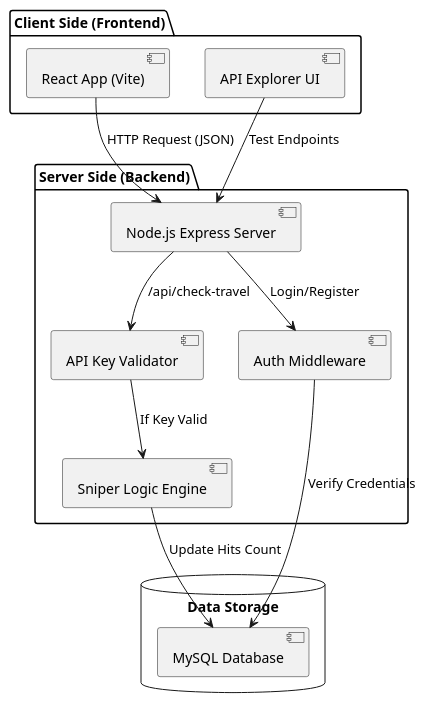
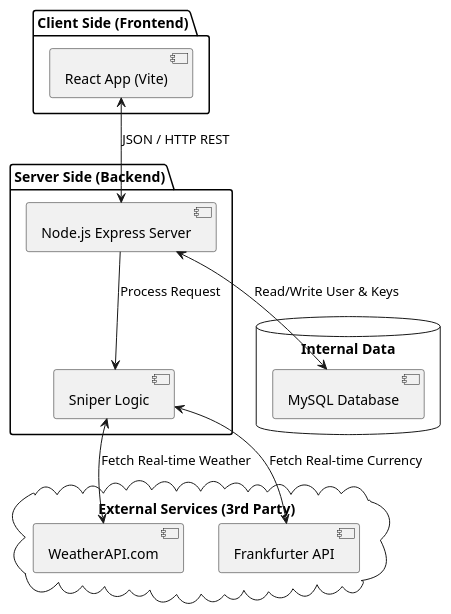
One commit to nacho0ol/048_travel-sniper-project_PWS changed the diagram in arsitektur.puml. Above: the diagram before and after it, drawn with PlantUML. The commit also changed 5 other files, not shown here.

```diff
--- a/arsitektur.puml
+++ b/arsitektur.puml
@@ -1,29 +1,31 @@
 @startuml
 skinparam componentStyle uml2
 
 package "Client Side (Frontend)" {
     [React App (Vite)] as Frontend
-    [API Explorer UI] as Explorer
 }
 
 package "Server Side (Backend)" {
     [Node.js Express Server] as Server
-    [Auth Middleware] as Auth
-    [API Key Validator] as KeyCheck
-    [Sniper Logic Engine] as Logic
+    [Sniper Logic] as Logic
 }
 
-database "Data Storage" {
+database "Internal Data" {
     [MySQL Database] as DB
 }
 
-Frontend --> Server : HTTP Request (JSON)
-Explorer --> Server : Test Endpoints
+cloud "External Services (3rd Party)" {
+    [WeatherAPI.com] as Weather
+    [Frankfurter API] as Rates
+}
 
-Server --> Auth : Login/Register
-Server --> KeyCheck : /api/check-travel
-KeyCheck --> Logic : If Key Valid
-Logic --> DB : Update Hits Count
-Auth --> DB : Verify Credentials
+' Relasi
+Frontend <--> Server : JSON / HTTP REST
+Server <--> DB : Read/Write User & Keys
+Server --> Logic : Process Request
+
+' Ini yang BARU: Server nembak ke Luar
+Logic <--> Weather : Fetch Real-time Weather
+Logic <--> Rates : Fetch Real-time Currency
 
 @enduml
```
